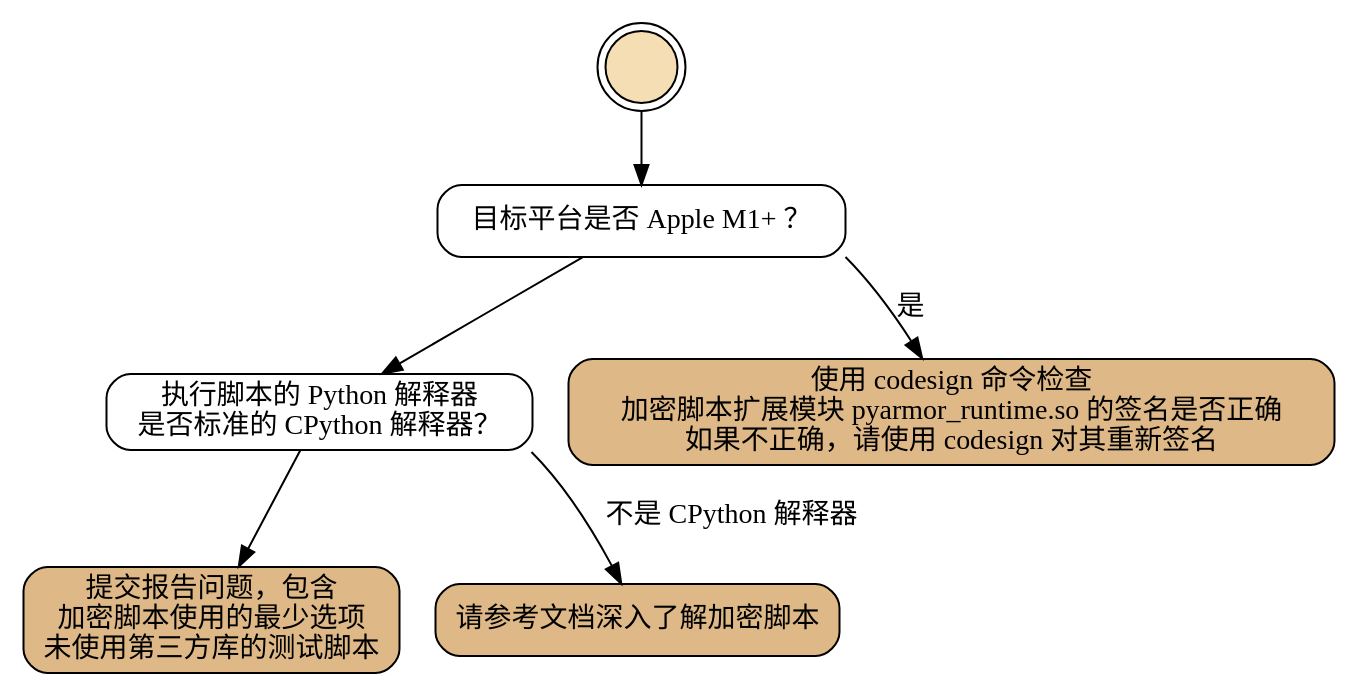
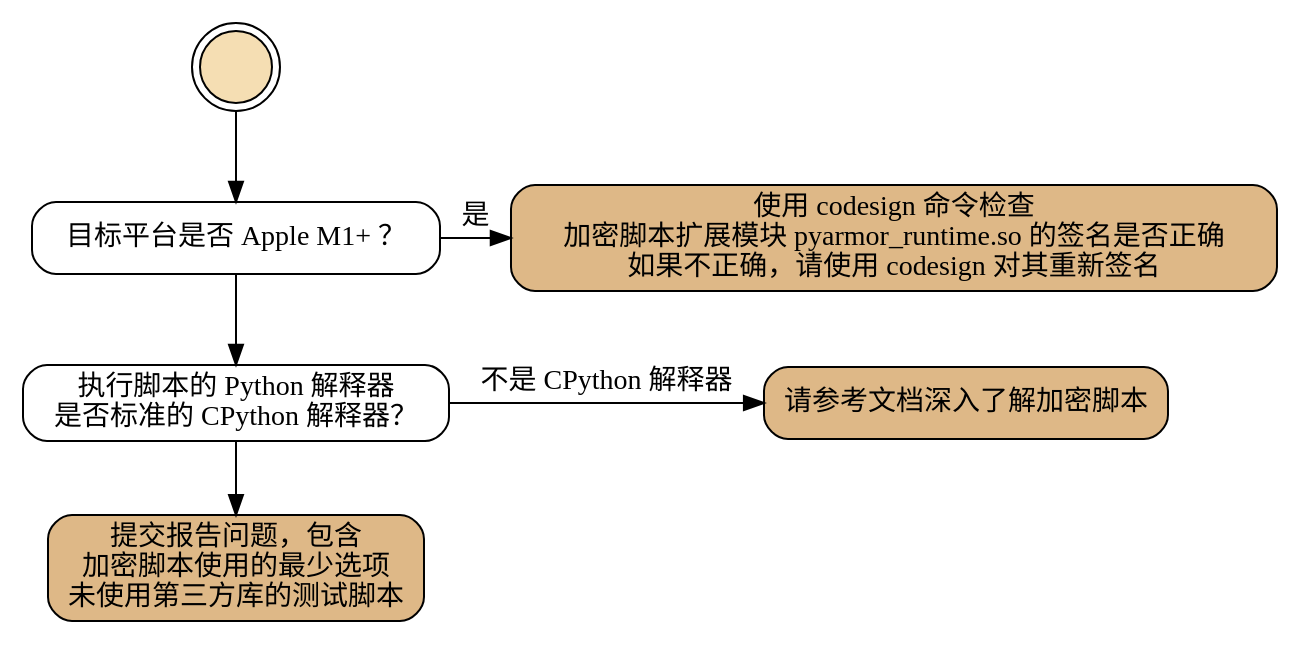
Before and after one commit to dashingsoft/dashingsoft.github.io: the fourth of 5 diagrams in pyarmor/learn/zh/how-to.rst, drawn with Graphviz. The commit also changed other lines of this file and 1 other file, not shown here.

Commit message:
Refine graph with rand=same

```diff
--- a/pyarmor/learn/zh/how-to.rst
+++ b/pyarmor/learn/zh/how-to.rst
@@ -198,38 +196,37 @@
 .. graphviz::
    :caption: 运行加密脚本崩溃的解决方案
    :align: center
    :name: graph-fix-runtime-crash-issue
 
    digraph G {
       node [shape=box, style=rounded]
 
       start [shape="doublecircle", label="",
              style="filled", fillcolor="wheat"]
 
       subgraph P0 {
           rankdir="TB"
           style="setlinewidth(0)"
 
           s1 [label="目标平台是否 Apple M1+ ？"]
           s2 [label="执行脚本的 Python 解释器\n是否标准的 CPython 解释器？"]
       }
 
       subgraph P1 {
           node [
              style="filled,rounded",
              fillcolor="burlywood",
              ]
           n1 [label="使用 codesign 命令检查\n加密脚本扩展模块 pyarmor_runtime.so 的签名是否正确\n如果不正确，请使用 codesign 对其重新签名"]
           n2 [href="https://pyarmor.readthedocs.io/zh/latest/topic/obfuscated-script.html"
               label="请参考文档深入了解加密脚本"]
           n3 [href="https://github.com/dashingsoft/pyarmor/issues"
               label="提交报告问题，包含\n加密脚本使用的最少选项\n未使用第三方库的测试脚本"]
       }
 
       start -> s1
       s1 -> s2 -> n3
 
-      edge [tailport=se]
-      s1 -> n1 [label="是"]
-      s2 -> n2 [label="不是 CPython 解释器"]
+      rank=same { s1 -> n1 [label="是"] }
+      rank=same { s2 -> n2 [label="不是 CPython 解释器"] }
    }
```
